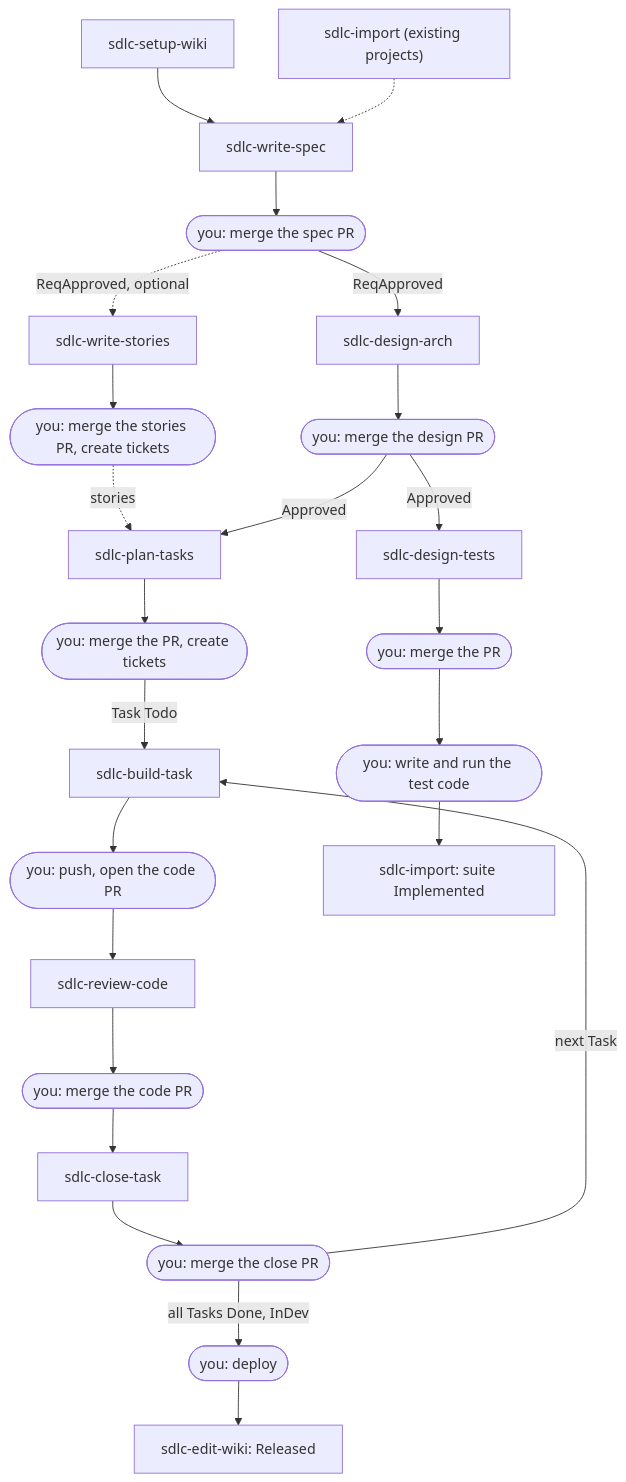
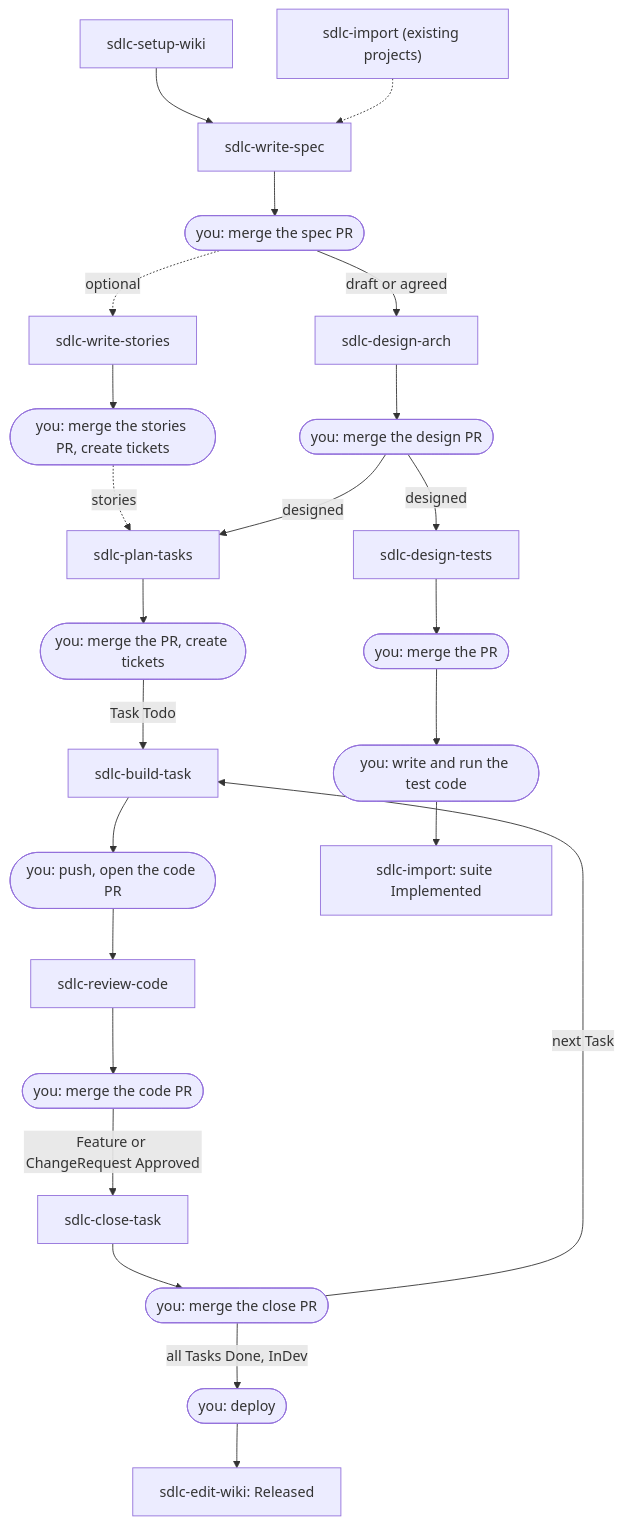
Before and after one commit to ntanh1402/sdlc-skills: the diagram in docs/user-guide/user-guide.md, drawn with Mermaid. The commit also changed other lines of this file and 80 other files, not shown here.

First line of the commit message:
feat: let design, stories, tasks and tests start before requirements are agreed

````diff
--- a/docs/user-guide/user-guide.md
+++ b/docs/user-guide/user-guide.md
@@ -87,26 +96,26 @@
 ```mermaid
 flowchart TD
   setup["sdlc-setup-wiki"] --> spec
   import["sdlc-import (existing projects)"] -.-> spec
   spec["sdlc-write-spec"] --> m1(["you: merge the spec PR"])
-  m1 -- "ReqApproved" --> arch["sdlc-design-arch"]
-  m1 -. "ReqApproved, optional" .-> stories["sdlc-write-stories"]
+  m1 -- "draft or agreed" --> arch["sdlc-design-arch"]
+  m1 -. "optional" .-> stories["sdlc-write-stories"]
   stories --> m6(["you: merge the stories PR, create tickets"])
   m6 -. "stories" .-> tasks
   arch --> m2(["you: merge the design PR"])
-  m2 -- "Approved" --> tasks["sdlc-plan-tasks"]
-  m2 -- "Approved" --> tests["sdlc-design-tests"]
+  m2 -- "designed" --> tasks["sdlc-plan-tasks"]
+  m2 -- "designed" --> tests["sdlc-design-tests"]
   tasks --> m3(["you: merge the PR, create tickets"])
   m3 -- "Task Todo" --> build["sdlc-build-task"]
   build --> pr(["you: push, open the code PR"])
   pr --> review["sdlc-review-code"]
   review --> merge(["you: merge the code PR"])
-  merge --> close["sdlc-close-task"]
+  merge -- "Feature or ChangeRequest Approved" --> close["sdlc-close-task"]
   close --> m5(["you: merge the close PR"])
   m5 -- "next Task" --> build
   m5 -- "all Tasks Done, InDev" --> ship(["you: deploy"])
   ship --> released["sdlc-edit-wiki: Released"]
   tests --> m4(["you: merge the PR"])
   m4 --> testcode(["you: write and run the test code"])
   testcode --> importT["sdlc-import: suite Implemented"]
 ```
````
